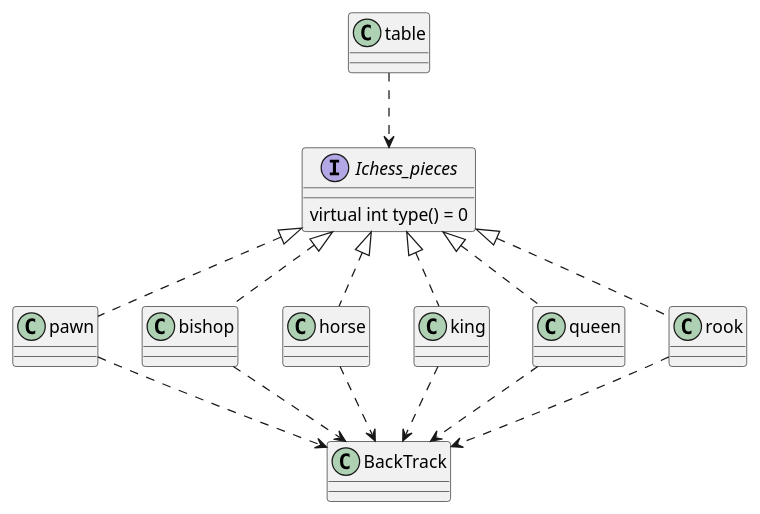
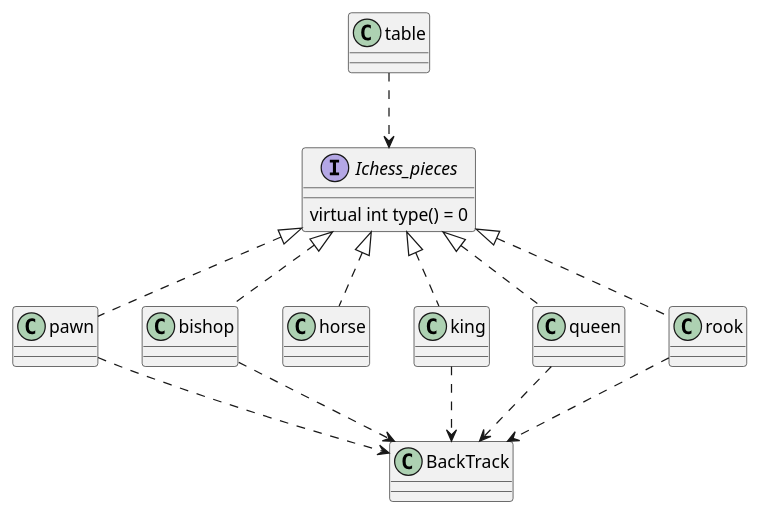
One commit to vantunes-crl/ChessGame changed the diagram in ChessGame.puml. Above: the diagram before and after it, drawn with PlantUML. The commit also changed 10 other files, not shown here.

```diff
--- a/ChessGame.puml
+++ b/ChessGame.puml
@@ -1,38 +1,33 @@
 @startuml ChessGame
 
 interface  Ichess_pieces
 {
     virtual int type() = 0
 }
 
 class table
 class pawn
 class bishop
 class horse
 class king
 class queen
 class rook
 
 Ichess_pieces <|.. pawn
 Ichess_pieces <|.. bishop
 Ichess_pieces <|.. horse
 Ichess_pieces <|.. king
 Ichess_pieces <|.. queen
 Ichess_pieces <|.. rook
 
 table ..> Ichess_pieces
 
 class BackTrack
 rook ..> BackTrack
 pawn ..> BackTrack
 queen ..> BackTrack
 king ..> BackTrack
 bishop ..> BackTrack
-horse ..> BackTrack
-
-
-
-
 
 
 @enduml
```
